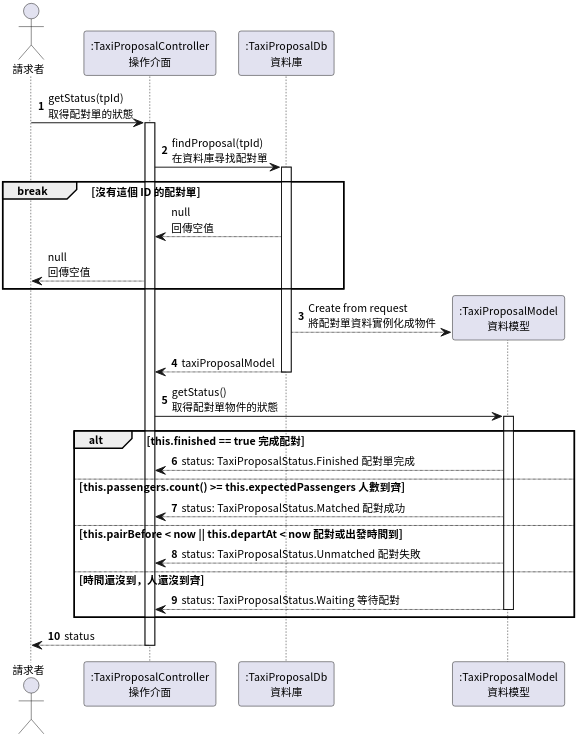
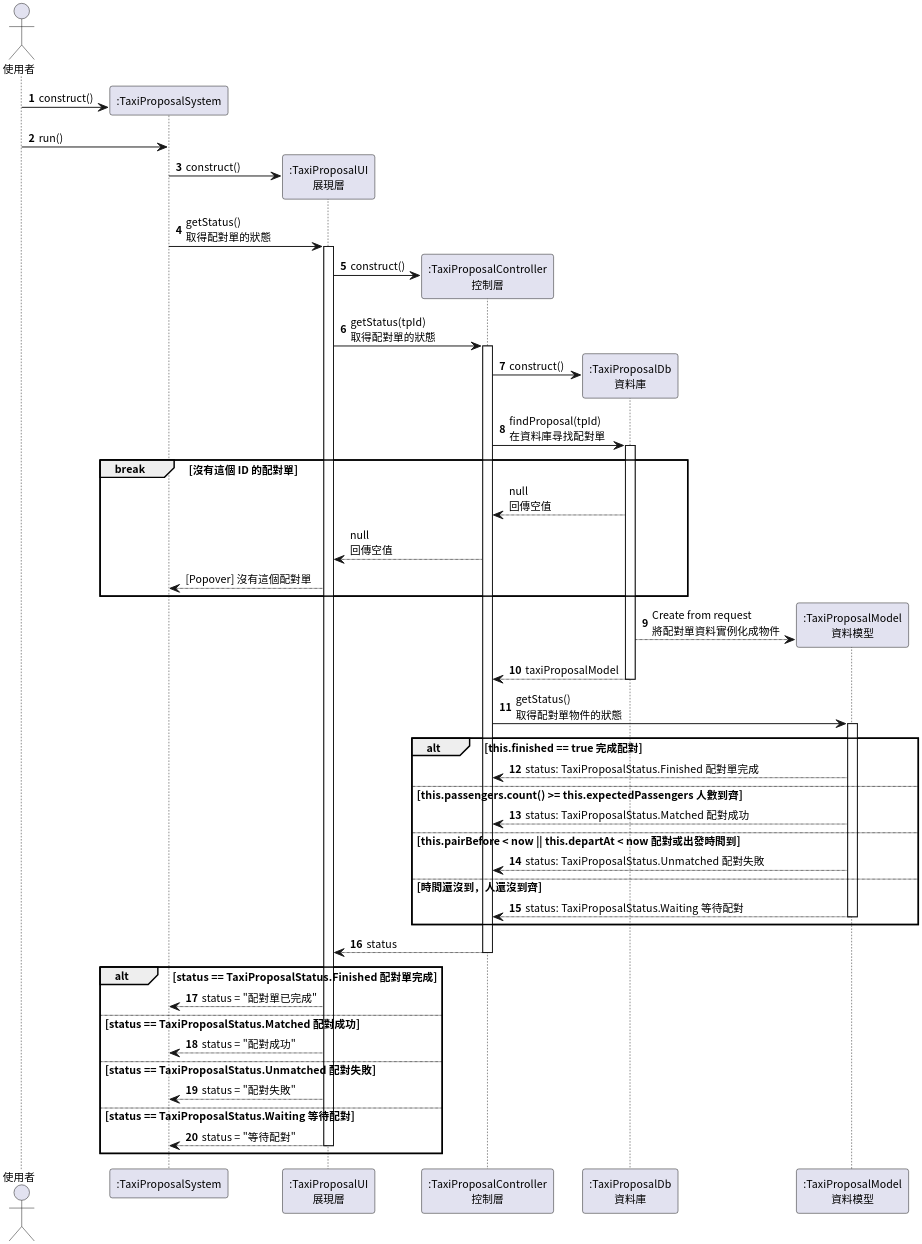
One commit to pan93412/nkust-homework changed the second of 6 diagrams in semester-4/system-analysis/localized/sequence-diagram.plantuml. Above: the diagram before and after it, drawn with PlantUML. The commit also changed other lines of this file and 2 other files, not shown here.

Commit message:
s4: system-analysis: class-diagram: Clean up

```diff
--- a/semester-4/system-analysis/localized/sequence-diagram.plantuml
+++ b/semester-4/system-analysis/localized/sequence-diagram.plantuml
@@ -32,43 +44,64 @@
 @startuml TaxiProposalWaitForPairing
 
 autonumber
 skinparam dpi 300
 skinparam linetype ortho
 skinparam defaultFontSize 11
 skinparam defaultFontName "Noto Sans CJK TC"
 
-actor Requester as "請求者"
-participant TaxiProposalController as ":TaxiProposalController\n操作介面"
+actor Requester as "使用者"
+participant TaxiProposalSystem as ":TaxiProposalSystem"
+participant TaxiProposalUI as ":TaxiProposalUI\n展現層"
+participant TaxiProposalController as ":TaxiProposalController\n控制層"
 participant TaxiProposalDb as ":TaxiProposalDb\n資料庫"
 
-Requester -> TaxiProposalController ++: getStatus(tpId)\n取得配對單的狀態
+Requester -> TaxiProposalSystem **: construct()
+Requester -> TaxiProposalSystem: run()
 
+TaxiProposalSystem -> TaxiProposalUI **: construct()
+TaxiProposalSystem -> TaxiProposalUI ++: getStatus()\n取得配對單的狀態
+
+TaxiProposalUI -> TaxiProposalController **: construct()
+TaxiProposalUI -> TaxiProposalController ++: getStatus(tpId)\n取得配對單的狀態
+
+TaxiProposalController -> TaxiProposalDb **: construct()
 TaxiProposalController -> TaxiProposalDb ++: findProposal(tpId)\n在資料庫尋找配對單
 
 break 沒有這個 ID 的配對單
     autonumber stop
     TaxiProposalController <-- TaxiProposalDb: null\n回傳空值
-    Requester <-- TaxiProposalController: null\n回傳空值
+    TaxiProposalUI <-- TaxiProposalController: null\n回傳空值
+    TaxiProposalSystem <-- TaxiProposalUI: [Popover] 沒有這個配對單
 end
 
 autonumber resume
 
 create participant TaxiProposalModel as ":TaxiProposalModel\n資料模型"
 TaxiProposalDb --> TaxiProposalModel: Create from request\n將配對單資料實例化成物件
 return taxiProposalModel
 
 TaxiProposalController -> TaxiProposalModel ++: getStatus()\n取得配對單物件的狀態
 
 alt this.finished == true 完成配對
     TaxiProposalController <-- TaxiProposalModel: status: TaxiProposalStatus.Finished 配對單完成
 else this.passengers.count() >= this.expectedPassengers 人數到齊
     TaxiProposalController <-- TaxiProposalModel: status: TaxiProposalStatus.Matched 配對成功
 else this.pairBefore < now || this.departAt < now 配對或出發時間到
     TaxiProposalController <-- TaxiProposalModel: status: TaxiProposalStatus.Unmatched 配對失敗
 else 時間還沒到，人還沒到齊
     TaxiProposalController <-- TaxiProposalModel --: status: TaxiProposalStatus.Waiting 等待配對
 end
 
 return status
 
+alt status == TaxiProposalStatus.Finished 配對單完成
+    TaxiProposalSystem <-- TaxiProposalUI: status = "配對單已完成"
+else status == TaxiProposalStatus.Matched 配對成功
+    TaxiProposalSystem <-- TaxiProposalUI: status = "配對成功"
+else status == TaxiProposalStatus.Unmatched 配對失敗
+    TaxiProposalSystem <-- TaxiProposalUI: status = "配對失敗"
+else status == TaxiProposalStatus.Waiting 等待配對
+    TaxiProposalSystem <-- TaxiProposalUI --: status = "等待配對"
+end
+
 @enduml TaxiProposalWaitForPairing
```
